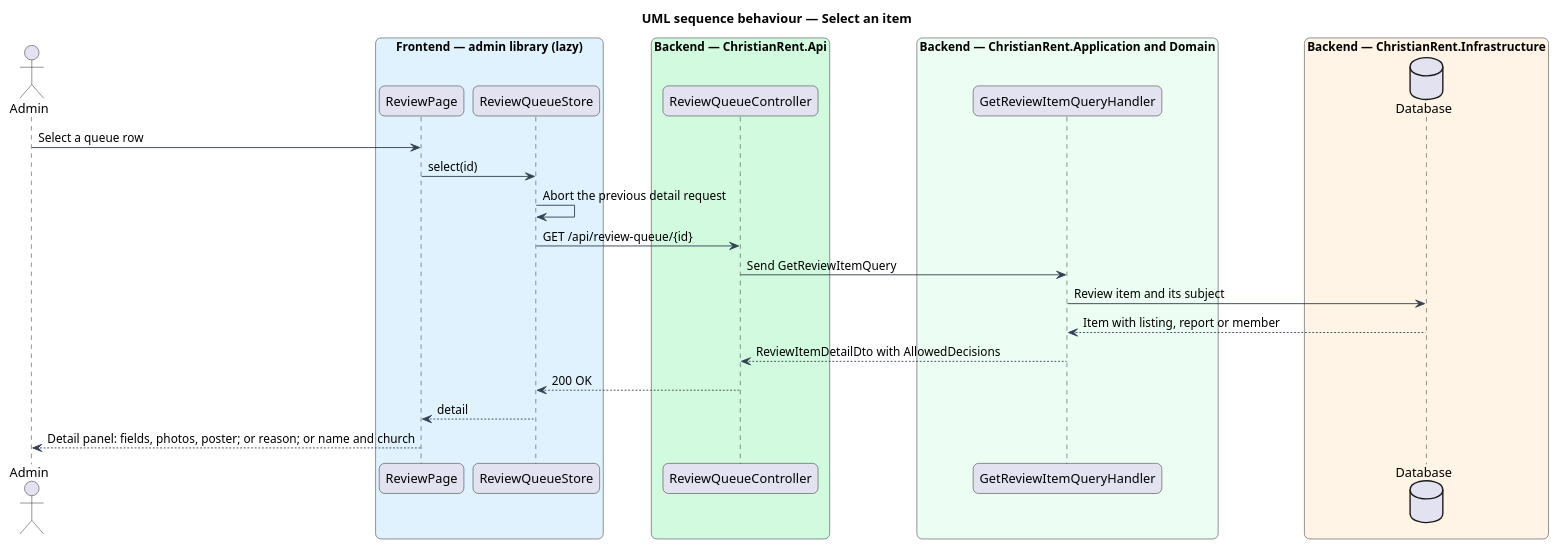
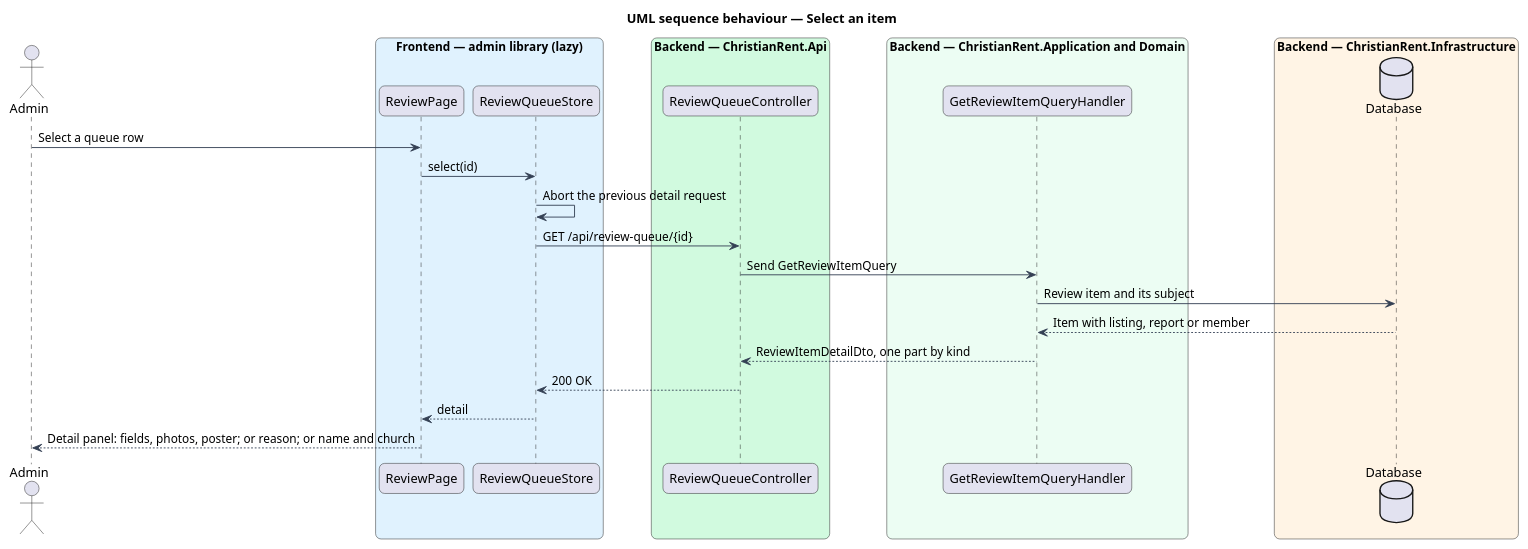
The diagram in docs/detailed-designs/review/view-review-queue/diagrams/sequence-select-item.puml (QuinntyneBrown/christian-rent), drawn with PlantUML before and after one commit. The commit also changed 31 other files, not shown here.

```diff
--- a/docs/detailed-designs/review/view-review-queue/diagrams/sequence-select-item.puml
+++ b/docs/detailed-designs/review/view-review-queue/diagrams/sequence-select-item.puml
@@ -1,42 +1,42 @@
 @startuml
 title UML sequence behaviour — Select an item
 skinparam backgroundColor #FFFFFF
 skinparam shadowing false
 skinparam roundcorner 12
 skinparam defaultFontName Arial
 skinparam ArrowColor #344054
 skinparam rectangle {
   BorderColor #344054
   FontColor #101828
 }
 skinparam package {
   BorderColor #667085
   FontColor #101828
   BackgroundColor #F9FAFB
 }
 actor "Admin" as actor
 box "Frontend — admin library (lazy)" #E0F2FE
   participant "ReviewPage" as page
   participant "ReviewQueueStore" as store
 end box
 box "Backend — ChristianRent.Api" #D1FADF
   participant "ReviewQueueController" as ctrl
 end box
 box "Backend — ChristianRent.Application and Domain" #ECFDF3
   participant "GetReviewItemQueryHandler" as handler
 end box
 box "Backend — ChristianRent.Infrastructure" #FFF4E5
   database "Database" as db
 end box
 actor -> page : Select a queue row
 page -> store : select(id)
 store -> store : Abort the previous detail request
 store -> ctrl : GET /api/review-queue/{id}
 ctrl -> handler : Send GetReviewItemQuery
 handler -> db : Review item and its subject
 db --> handler : Item with listing, report or member
-handler --> ctrl : ReviewItemDetailDto with AllowedDecisions
+handler --> ctrl : ReviewItemDetailDto, one part by kind
 ctrl --> store : 200 OK
 store --> page : detail
 page --> actor : Detail panel: fields, photos, poster; or reason; or name and church
 @enduml
```
